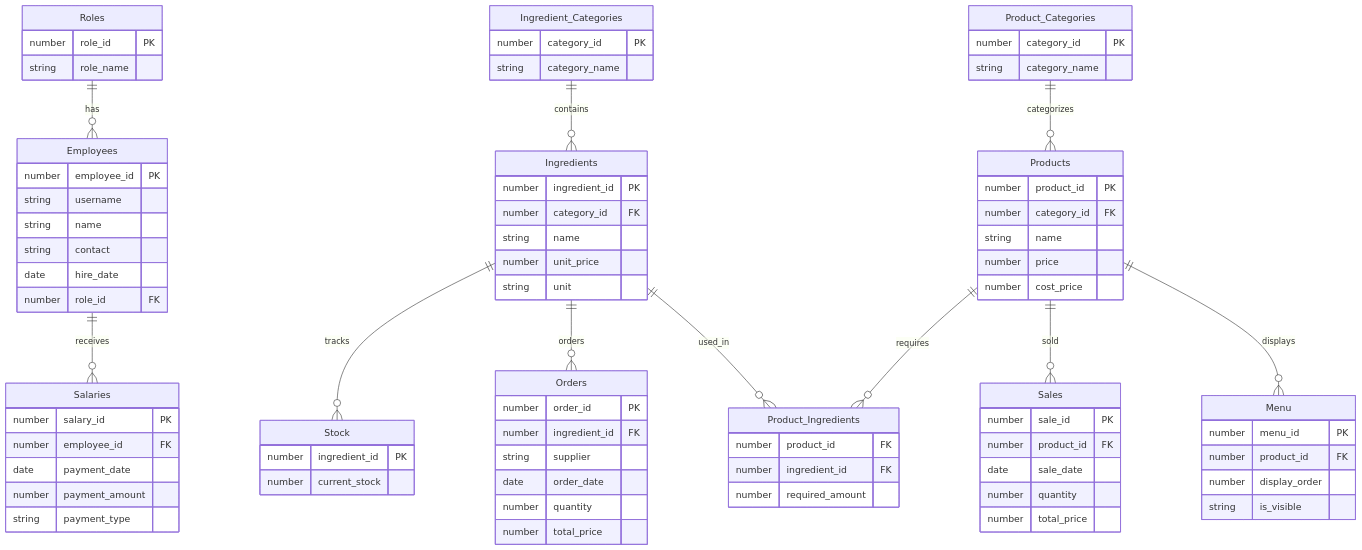
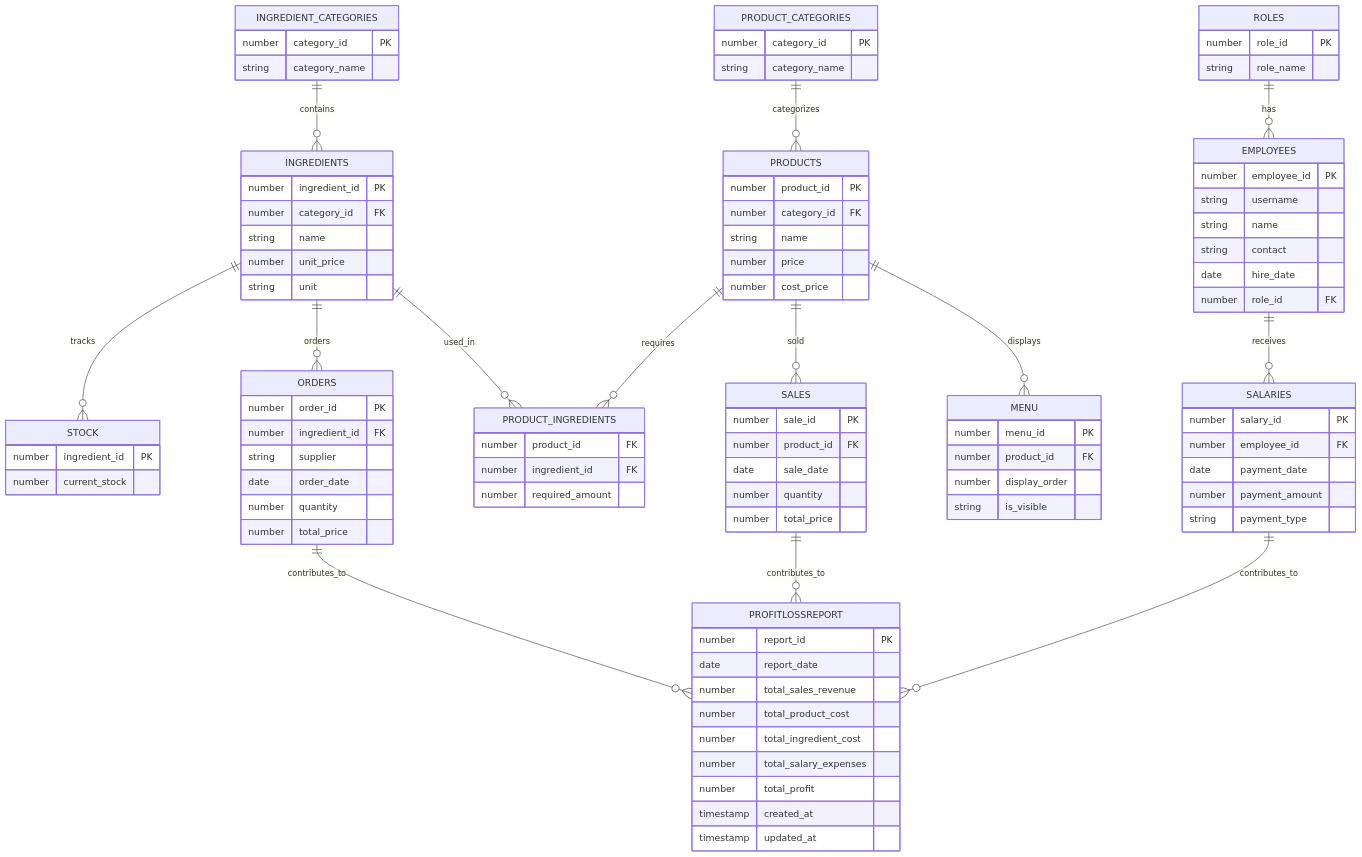
One commit to kumugu/GBPJ1_Burger-Shop changed the diagram in 2024_12_02_1.DB설정 수정중.md. Above: the diagram before and after it, drawn with Mermaid.

Commit message:
2024_12_02_1.DB설정 수정중

````diff
--- a/2024_12_02_1.DB설정 수정중.md
+++ b/2024_12_02_1.DB설정 수정중.md
@@ -4,21 +4,25 @@
 ```mermaid
 erDiagram
-    Roles ||--o{ Employees : "has"
-    Employees ||--o{ Salaries : "receives"
-    Ingredient_Categories ||--o{ Ingredients : "contains"
-    Ingredients ||--o{ Stock : "tracks"
-    Ingredients ||--o{ Orders : "orders"
-    Ingredients ||--o{ Product_Ingredients : "used_in"
-    Product_Categories ||--o{ Products : "categorizes"
-    Products ||--o{ Product_Ingredients : "requires"
-    Products ||--o{ Sales : "sold"
-    Products ||--o{ Menu : "displays"
+    INGREDIENT_CATEGORIES ||--o{ INGREDIENTS : "contains"
+    INGREDIENTS ||--o{ STOCK : "tracks"
+    INGREDIENTS ||--o{ ORDERS : "orders"
+    INGREDIENTS ||--o{ PRODUCT_INGREDIENTS : "used_in"
+    PRODUCTS ||--o{ PRODUCT_INGREDIENTS : "requires"
+    PRODUCT_CATEGORIES ||--o{ PRODUCTS : "categorizes"
+    PRODUCTS ||--o{ SALES : "sold"
+    PRODUCTS ||--o{ MENU : "displays"
+    SALES ||--o{ PROFITLOSSREPORT : "contributes_to"
+    ORDERS ||--o{ PROFITLOSSREPORT : "contributes_to"
+    SALARIES ||--o{ PROFITLOSSREPORT : "contributes_to"
 
-    Roles {
+    ROLES ||--o{ EMPLOYEES : "has"
+    EMPLOYEES ||--o{ SALARIES : "receives"
+
+    ROLES {
         number role_id PK
         string role_name
     }
-    Employees {
+    EMPLOYEES {
         number employee_id PK
         string username
         string name
@@ -26,29 +30,29 @@
         date hire_date
         number role_id FK
     }
-    Salaries {
+    SALARIES {
         number salary_id PK
         number employee_id FK
         date payment_date
         number payment_amount
         string payment_type
     }
-    Ingredient_Categories {
+    INGREDIENT_CATEGORIES {
         number category_id PK
         string category_name
     }
-    Ingredients {
+    INGREDIENTS {
         number ingredient_id PK
         number category_id FK
         string name
         number unit_price
         string unit
     }
-    Stock {
+    STOCK {
         number ingredient_id PK
         number current_stock
     }
-    Orders {
+    ORDERS {
         number order_id PK
         number ingredient_id FK
         string supplier
@@ -56,33 +60,45 @@
         number quantity
         number total_price
     }
-    Product_Categories {
+    PRODUCT_CATEGORIES {
         number category_id PK
         string category_name
     }
-    Products {
+    PRODUCTS {
         number product_id PK
         number category_id FK
         string name
         number price
         number cost_price
     }
-    Sales {
+    SALES {
         number sale_id PK
         number product_id FK
         date sale_date
         number quantity
         number total_price
     }
-    Product_Ingredients {
+    PRODUCT_INGREDIENTS {
         number product_id FK
         number ingredient_id FK
         number required_amount
     }
-    Menu {
+    MENU {
         number menu_id PK
         number product_id FK
         number display_order
         string is_visible
     }
+    PROFITLOSSREPORT {
+        number report_id PK
+        date report_date
+        number total_sales_revenue
+        number total_product_cost
+        number total_ingredient_cost
+        number total_salary_expenses
+        number total_profit
+        timestamp created_at
+        timestamp updated_at
+    }
+
 ```
````
